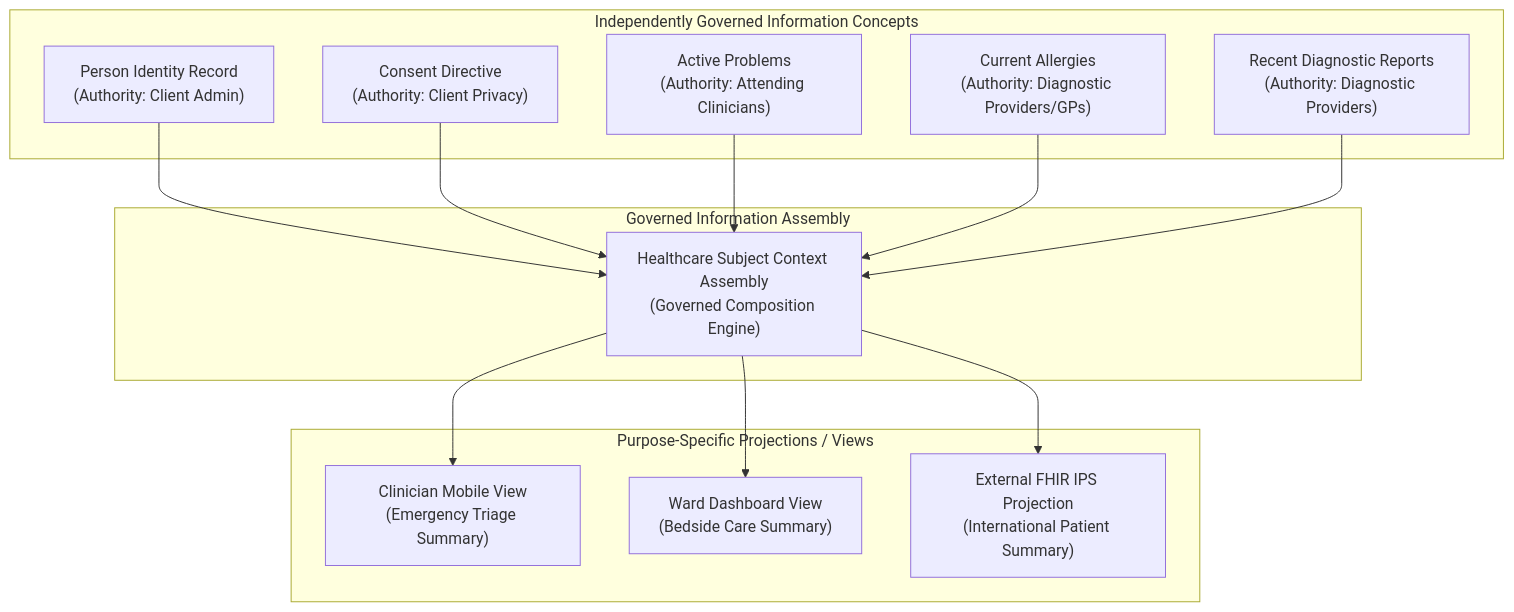
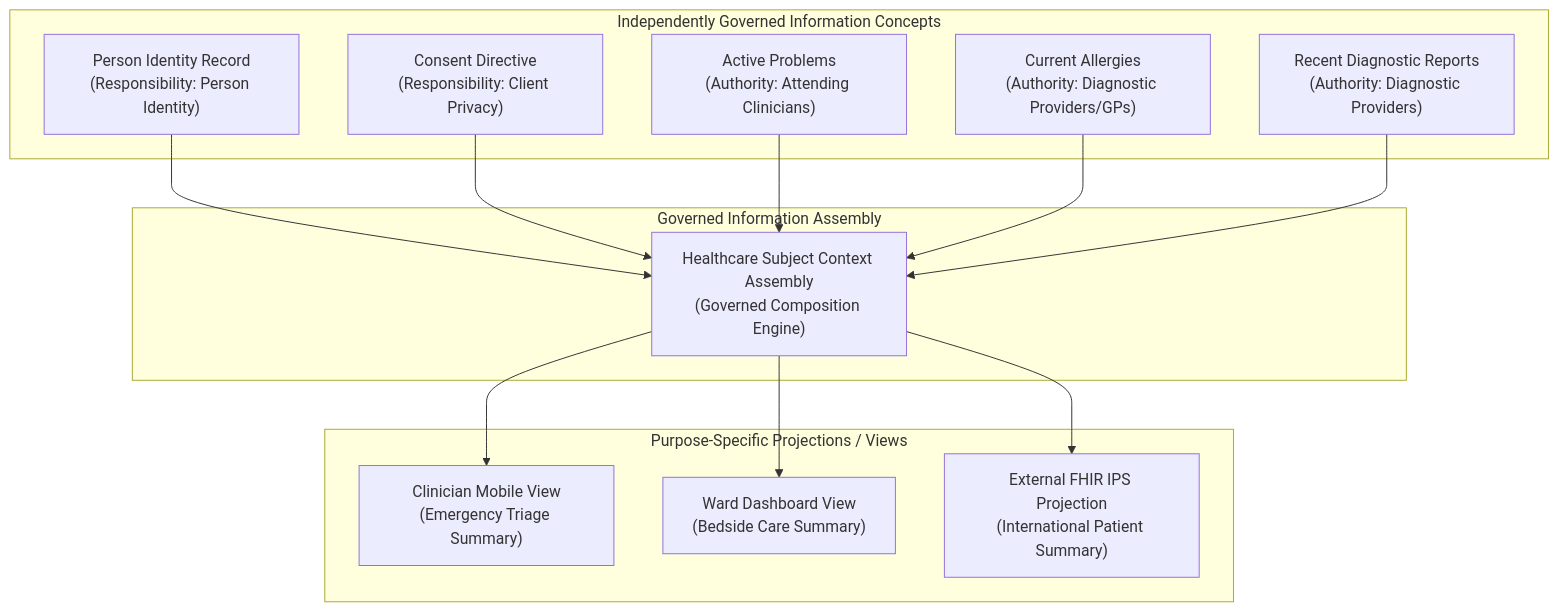
The diagram in docs/markdown/04-information-architecture/assemblies-views/assemblies-and-views.md (fhirfactory/harmonia), drawn with Mermaid before and after one commit. The commit also changed other lines of this file and 24 other files, not shown here.

````diff
--- a/docs/markdown/04-information-architecture/assemblies-views/assemblies-and-views.md
+++ b/docs/markdown/04-information-architecture/assemblies-views/assemblies-and-views.md
@@ -13,30 +23,30 @@
 ```mermaid
 graph TD
     subgraph SourceConcepts ["Independently Governed Information Concepts"]
-        C1["Person Identity Record<br/>(Authority: Client Admin)"]
-        C2["Consent Directive<br/>(Authority: Client Privacy)"]
+        C1["Person Identity Record<br/>(Responsibility: Person Identity)"]
+        C2["Consent Directive<br/>(Responsibility: Client Privacy)"]
         C3["Active Problems<br/>(Authority: Attending Clinicians)"]
         C4["Current Allergies<br/>(Authority: Diagnostic Providers/GPs)"]
         C5["Recent Diagnostic Reports<br/>(Authority: Diagnostic Providers)"]
     end
 
     subgraph Assembly ["Governed Information Assembly"]
         ASM["Healthcare Subject Context Assembly<br/>(Governed Composition Engine)"]
     end
 
     subgraph Views ["Purpose-Specific Projections / Views"]
         V1["Clinician Mobile View<br/>(Emergency Triage Summary)"]
         V2["Ward Dashboard View<br/>(Bedside Care Summary)"]
         V3["External FHIR IPS Projection<br/>(International Patient Summary)"]
     end
 
     C1 --> ASM
     C2 --> ASM
     C3 --> ASM
     C4 --> ASM
     C5 --> ASM
 
     ASM --> V1
     ASM --> V2
     ASM --> V3
 ```
````
